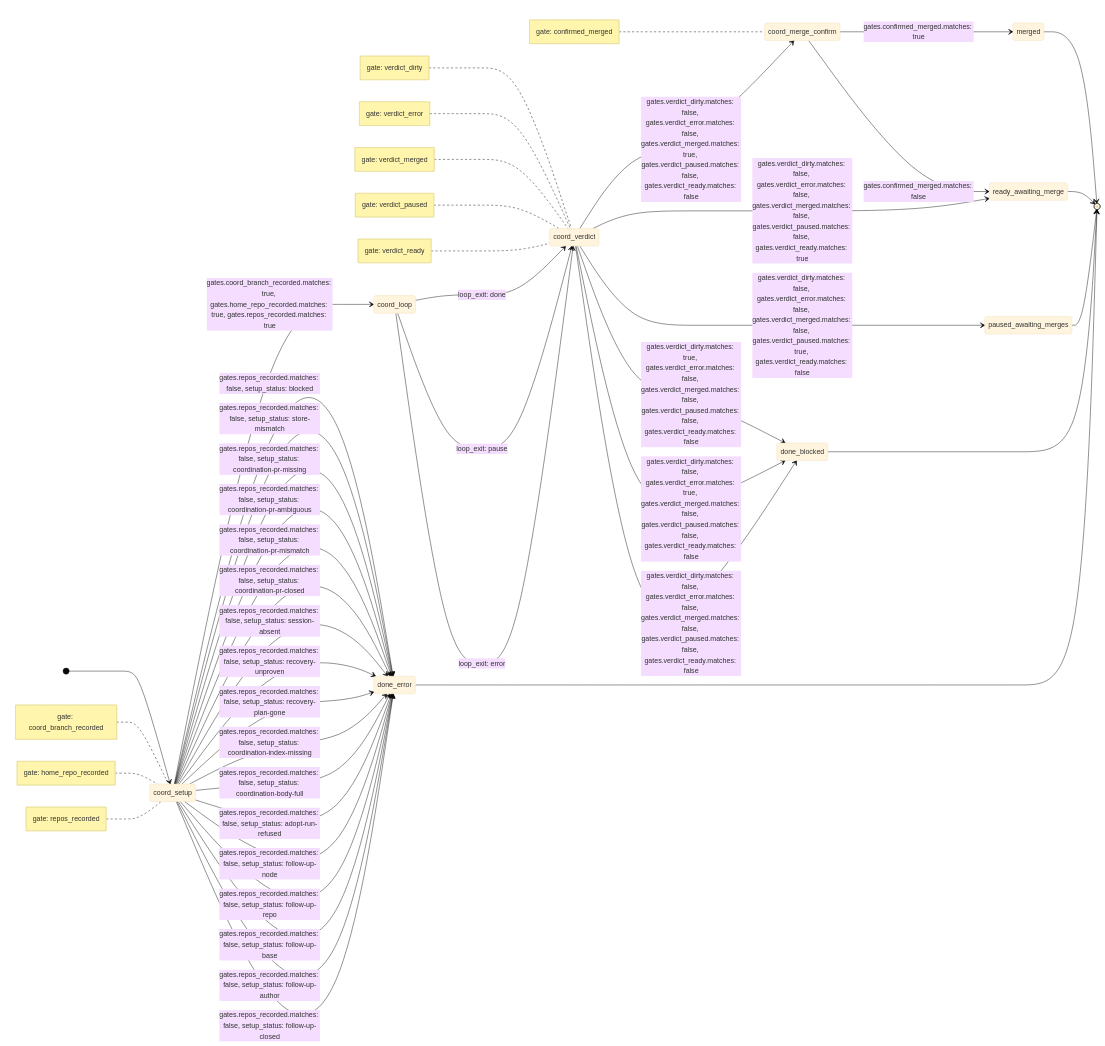
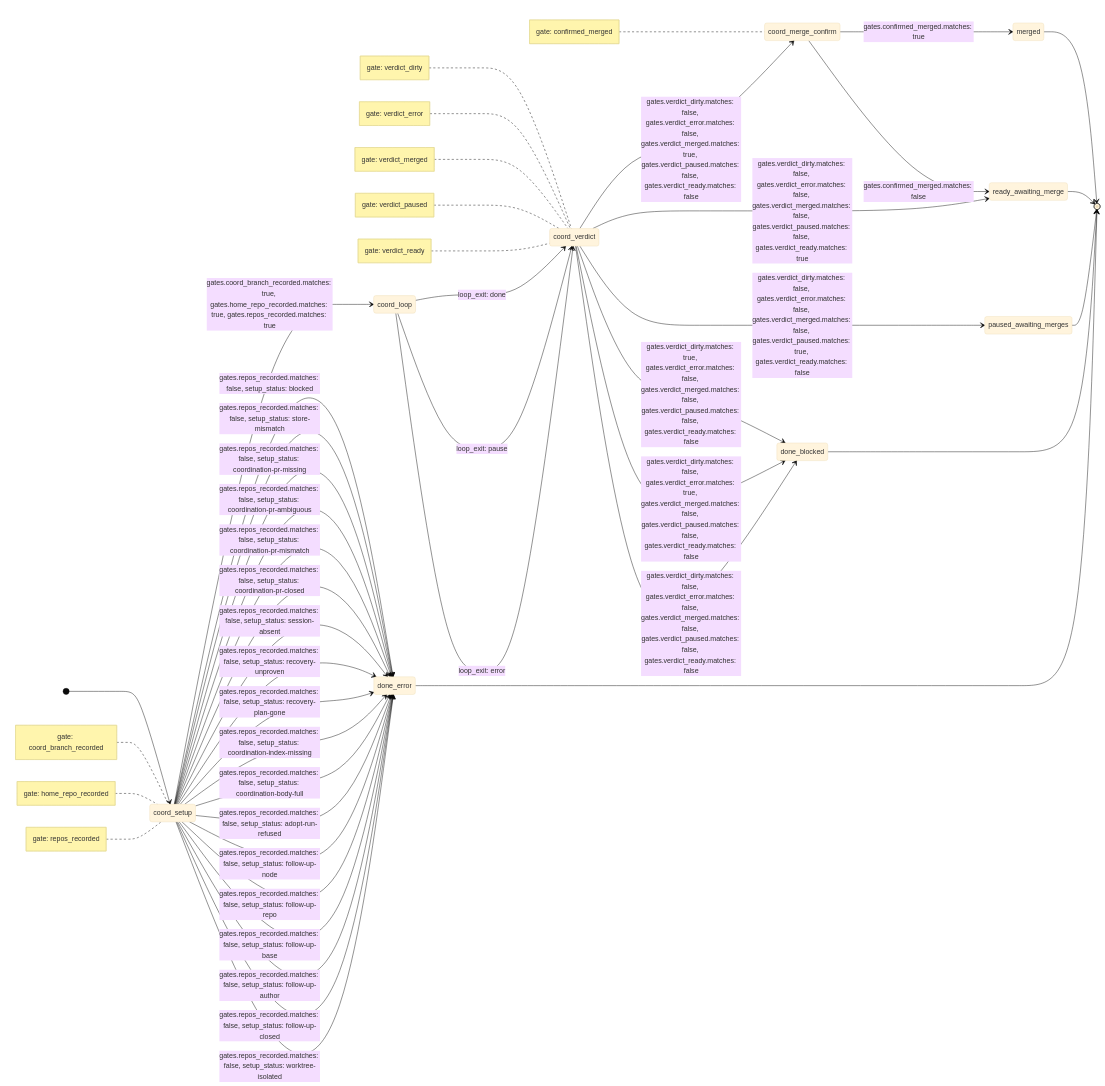
The diagram in skills/execute/koto-templates/execute-coordinated.mermaid.md (tsukumogami/shirabe), drawn with Mermaid (base theme) before and after one commit. The commit also changed 21 other files, not shown here.

First line of the commit message:
fix(deliver): stop a multi-repo PLAN in a session isolated to one repo's worktree

````diff
--- a/skills/execute/koto-templates/execute-coordinated.mermaid.md
+++ b/skills/execute/koto-templates/execute-coordinated.mermaid.md
@@ -1,66 +1,67 @@
 ```mermaid
 stateDiagram-v2
     direction LR
     [*] --> coord_setup
     coord_loop --> coord_verdict : loop_exit: done
     coord_loop --> coord_verdict : loop_exit: pause
     coord_loop --> coord_verdict : loop_exit: error
     coord_merge_confirm --> merged : gates.confirmed_merged.matches: true
     coord_merge_confirm --> ready_awaiting_merge : gates.confirmed_merged.matches: false
     coord_setup --> coord_loop : gates.coord_branch_recorded.matches: true, gates.home_repo_recorded.matches: true, gates.repos_recorded.matches: true
     coord_setup --> done_error : gates.repos_recorded.matches: false, setup_status: blocked
     coord_setup --> done_error : gates.repos_recorded.matches: false, setup_status: store-mismatch
     coord_setup --> done_error : gates.repos_recorded.matches: false, setup_status: coordination-pr-missing
     coord_setup --> done_error : gates.repos_recorded.matches: false, setup_status: coordination-pr-ambiguous
     coord_setup --> done_error : gates.repos_recorded.matches: false, setup_status: coordination-pr-mismatch
     coord_setup --> done_error : gates.repos_recorded.matches: false, setup_status: coordination-pr-closed
     coord_setup --> done_error : gates.repos_recorded.matches: false, setup_status: session-absent
     coord_setup --> done_error : gates.repos_recorded.matches: false, setup_status: recovery-unproven
     coord_setup --> done_error : gates.repos_recorded.matches: false, setup_status: recovery-plan-gone
     coord_setup --> done_error : gates.repos_recorded.matches: false, setup_status: coordination-index-missing
     coord_setup --> done_error : gates.repos_recorded.matches: false, setup_status: coordination-body-full
     coord_setup --> done_error : gates.repos_recorded.matches: false, setup_status: adopt-run-refused
     coord_setup --> done_error : gates.repos_recorded.matches: false, setup_status: follow-up-node
     coord_setup --> done_error : gates.repos_recorded.matches: false, setup_status: follow-up-repo
     coord_setup --> done_error : gates.repos_recorded.matches: false, setup_status: follow-up-base
     coord_setup --> done_error : gates.repos_recorded.matches: false, setup_status: follow-up-author
     coord_setup --> done_error : gates.repos_recorded.matches: false, setup_status: follow-up-closed
+    coord_setup --> done_error : gates.repos_recorded.matches: false, setup_status: worktree-isolated
     coord_verdict --> coord_merge_confirm : gates.verdict_dirty.matches: false, gates.verdict_error.matches: false, gates.verdict_merged.matches: true, gates.verdict_paused.matches: false, gates.verdict_ready.matches: false
     coord_verdict --> ready_awaiting_merge : gates.verdict_dirty.matches: false, gates.verdict_error.matches: false, gates.verdict_merged.matches: false, gates.verdict_paused.matches: false, gates.verdict_ready.matches: true
     coord_verdict --> paused_awaiting_merges : gates.verdict_dirty.matches: false, gates.verdict_error.matches: false, gates.verdict_merged.matches: false, gates.verdict_paused.matches: true, gates.verdict_ready.matches: false
     coord_verdict --> done_blocked : gates.verdict_dirty.matches: true, gates.verdict_error.matches: false, gates.verdict_merged.matches: false, gates.verdict_paused.matches: false, gates.verdict_ready.matches: false
     coord_verdict --> done_blocked : gates.verdict_dirty.matches: false, gates.verdict_error.matches: true, gates.verdict_merged.matches: false, gates.verdict_paused.matches: false, gates.verdict_ready.matches: false
     coord_verdict --> done_blocked : gates.verdict_dirty.matches: false, gates.verdict_error.matches: false, gates.verdict_merged.matches: false, gates.verdict_paused.matches: false, gates.verdict_ready.matches: false
     done_blocked --> [*]
     done_error --> [*]
     merged --> [*]
     paused_awaiting_merges --> [*]
     ready_awaiting_merge --> [*]
     note left of coord_merge_confirm
         gate: confirmed_merged
     end note
     note left of coord_setup
         gate: coord_branch_recorded
     end note
     note left of coord_setup
         gate: home_repo_recorded
     end note
     note left of coord_setup
         gate: repos_recorded
     end note
     note left of coord_verdict
         gate: verdict_dirty
     end note
     note left of coord_verdict
         gate: verdict_error
     end note
     note left of coord_verdict
         gate: verdict_merged
     end note
     note left of coord_verdict
         gate: verdict_paused
     end note
     note left of coord_verdict
         gate: verdict_ready
     end note
 ```
````
